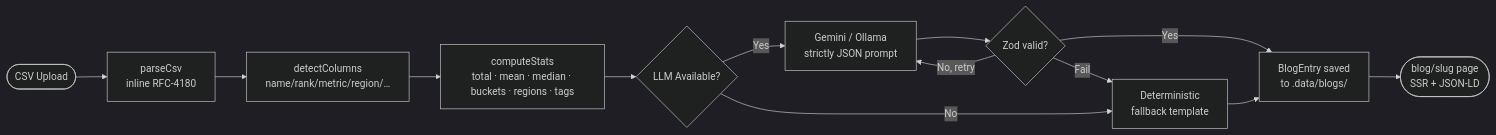
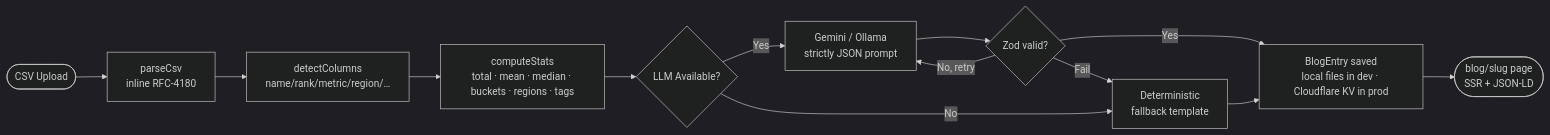
The diagram in README.md (Amrithkishore14/seo-blog-generator), drawn with Mermaid (dark theme) before and after one commit. The commit also changed other lines of this file and 1 other file, not shown here.

Commit message:
docs: add clone step and fix mermaid; move CLAUDE.md out of repo

````diff
--- a/README.md
+++ b/README.md
@@ -17,15 +17,15 @@
 ```mermaid
 flowchart LR
     A([CSV Upload]) --> B[parseCsv\ninline RFC-4180]
     B --> C[detectColumns\nname/rank/metric/region/…]
     C --> D[computeStats\ntotal · mean · median · buckets · regions · tags]
     D --> E{LLM Available?}
     E -- Yes --> F[Gemini / Ollama\nstrictly JSON prompt]
     E -- No --> G[Deterministic\nfallback template]
     F --> H{Zod valid?}
-    H -- Yes --> I[BlogEntry saved\nto .data/blogs/]
+    H -- Yes --> I[BlogEntry saved\nlocal files in dev · Cloudflare KV in prod]
     H -- No, retry --> F
     H -- Fail --> G
     G --> I
     I --> J([blog/slug page\nSSR + JSON-LD])
 ```
````
